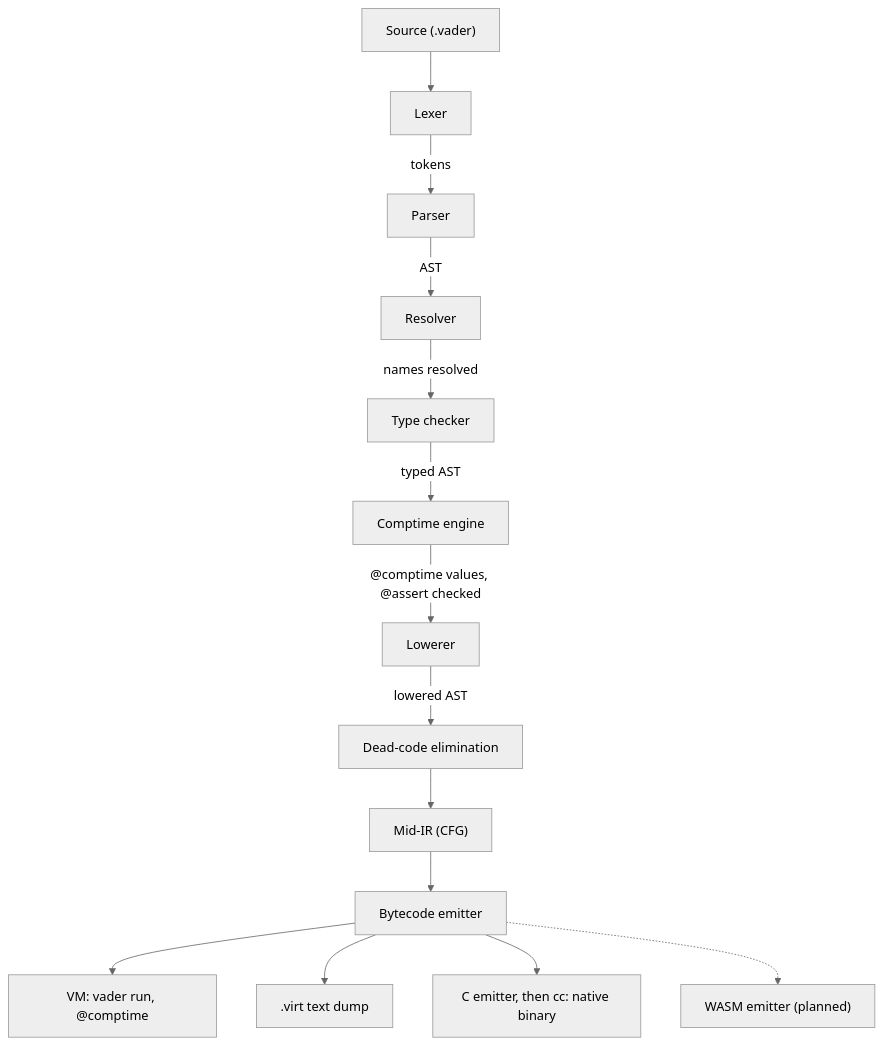
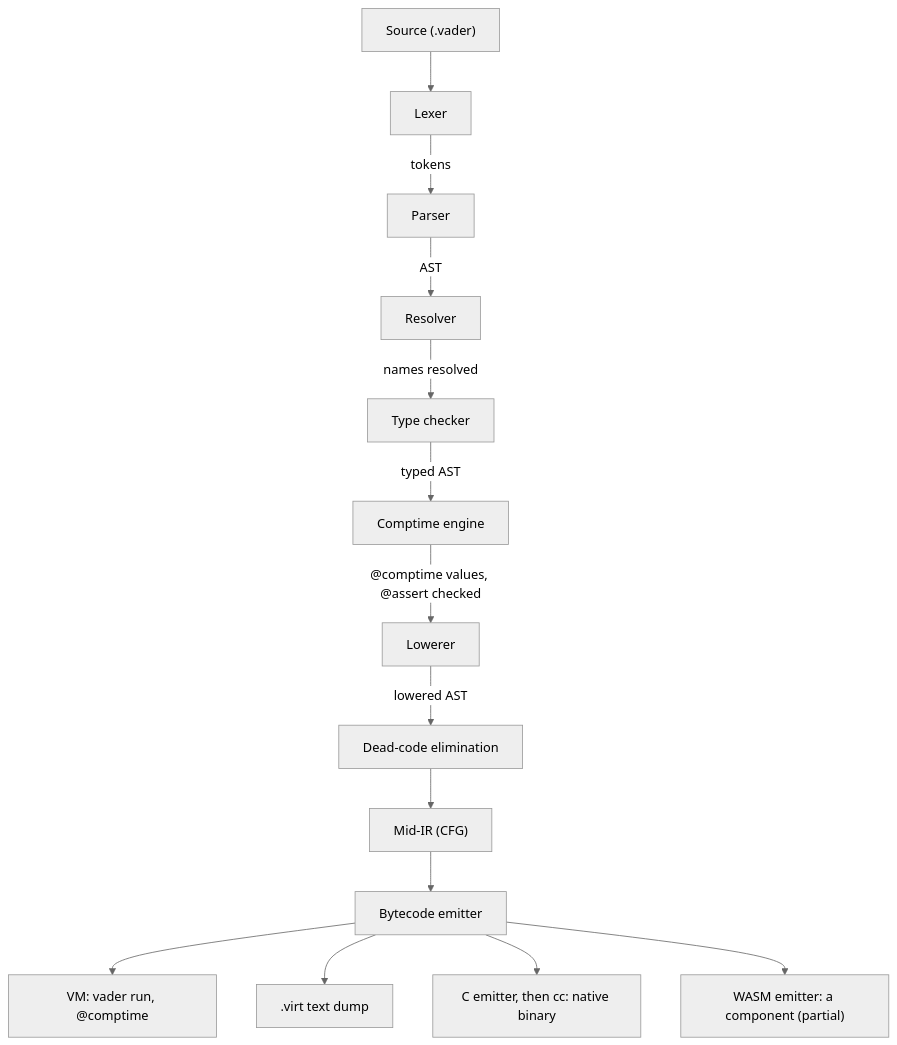
Before and after one commit to yakanet/vaderlang: the diagram in docs/ARCHITECTURE.md, drawn with Mermaid (neutral theme). The commit also changed other lines of this file and 54 other files, not shown here.

First line of the commit message:
feat(emit/wasm): a program builds to a component that imports WASI

````diff
--- a/docs/ARCHITECTURE.md
+++ b/docs/ARCHITECTURE.md
@@ -9,16 +9,16 @@
 ```mermaid
 flowchart TD
     src["Source (.vader)"] --> lexer[Lexer]
     lexer -->|tokens| parser[Parser]
     parser -->|AST| resolver[Resolver]
     resolver -->|names resolved| typecheck[Type checker]
     typecheck -->|typed AST| comptime[Comptime engine]
     comptime -->|"@comptime values, @assert checked"| lower[Lowerer]
     lower -->|lowered AST| dce[Dead-code elimination]
     dce --> midir["Mid-IR (CFG)"]
     midir --> bytecode[Bytecode emitter]
     bytecode --> vm["VM: vader run, @comptime"]
     bytecode --> virt[".virt text dump"]
     bytecode --> cemit["C emitter, then cc: native binary"]
-    bytecode -.-> wasm["WASM emitter (planned)"]
+    bytecode --> wasm["WASM emitter: a component (partial)"]
 ```
````
